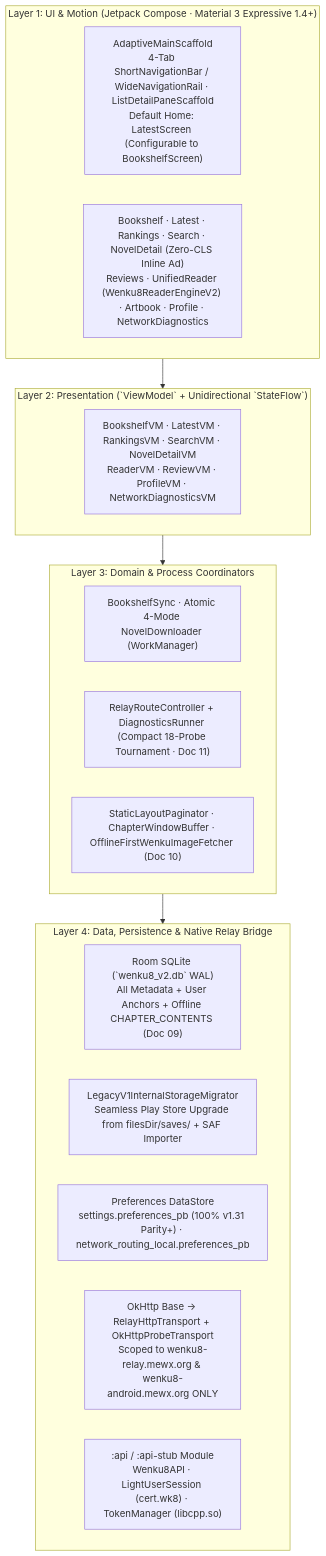
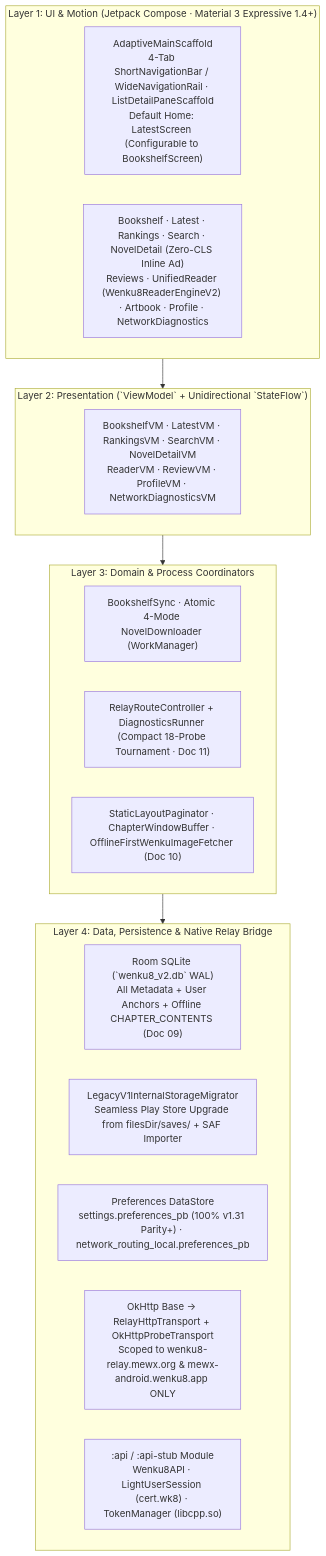
One commit to MewX/light-novel-library_Wenku8_Android changed the first of 2 diagrams in docs/designs/v2/06-technical-architecture-and-migration-plan.md. Above: the diagram before and after it, drawn with Mermaid. The commit also changed 8 other files, not shown here.

Commit message:
feat(v2): switch v2 relay hostname to mewx-android.wenku8.app across app-v2, CI, and docs

````diff
--- a/docs/designs/v2/06-technical-architecture-and-migration-plan.md
+++ b/docs/designs/v2/06-technical-architecture-and-migration-plan.md
@@ -5,29 +5,29 @@
 ```mermaid
 flowchart TB
     subgraph UI["Layer 1: UI & Motion (Jetpack Compose · Material 3 Expressive 1.4+)"]
         AppShell["AdaptiveMainScaffold\n4-Tab ShortNavigationBar / WideNavigationRail · ListDetailPaneScaffold\nDefault Home: LatestScreen (Configurable to BookshelfScreen)"]
         Screens["Bookshelf · Latest · Rankings · Search · NovelDetail (Zero-CLS Inline Ad)\nReviews · UnifiedReader (Wenku8ReaderEngineV2) · Artbook · Profile · NetworkDiagnostics"]
     end
 
     subgraph VM["Layer 2: Presentation (`ViewModel` + Unidirectional `StateFlow`)"]
         VMs["BookshelfVM · LatestVM · RankingsVM · SearchVM · NovelDetailVM\nReaderVM · ReviewVM · ProfileVM · NetworkDiagnosticsVM"]
     end
 
     subgraph Domain["Layer 3: Domain & Process Coordinators"]
         Sync["BookshelfSync · Atomic 4-Mode NovelDownloader (WorkManager)"]
         RouteCtrl["RelayRouteController + DiagnosticsRunner (Compact 18-Probe Tournament · Doc 11)"]
         ReaderEng["StaticLayoutPaginator · ChapterWindowBuffer · OfflineFirstWenkuImageFetcher (Doc 10)"]
     end
 
     subgraph Data["Layer 4: Data, Persistence & Native Relay Bridge"]
         RoomDB["Room SQLite (`wenku8_v2.db` WAL)\nAll Metadata + User Anchors + Offline CHAPTER_CONTENTS (Doc 09)"]
         Migrator["LegacyV1InternalStorageMigrator\nSeamless Play Store Upgrade from filesDir/saves/ + SAF Importer"]
         Prefs["Preferences DataStore\nsettings.preferences_pb (100% v1.31 Parity+) · network_routing_local.preferences_pb"]
-        Transport["OkHttp Base -> RelayHttpTransport + OkHttpProbeTransport\nScoped to wenku8-relay.mewx.org & wenku8-android.mewx.org ONLY"]
+        Transport["OkHttp Base -> RelayHttpTransport + OkHttpProbeTransport\nScoped to wenku8-relay.mewx.org & mewx-android.wenku8.app ONLY"]
         API[":api / :api-stub Module\nWenku8API · LightUserSession (cert.wk8) · TokenManager (libcpp.so)"]
     end
 
     UI --> VM
     VM --> Domain
     Domain --> Data
 ```
````
